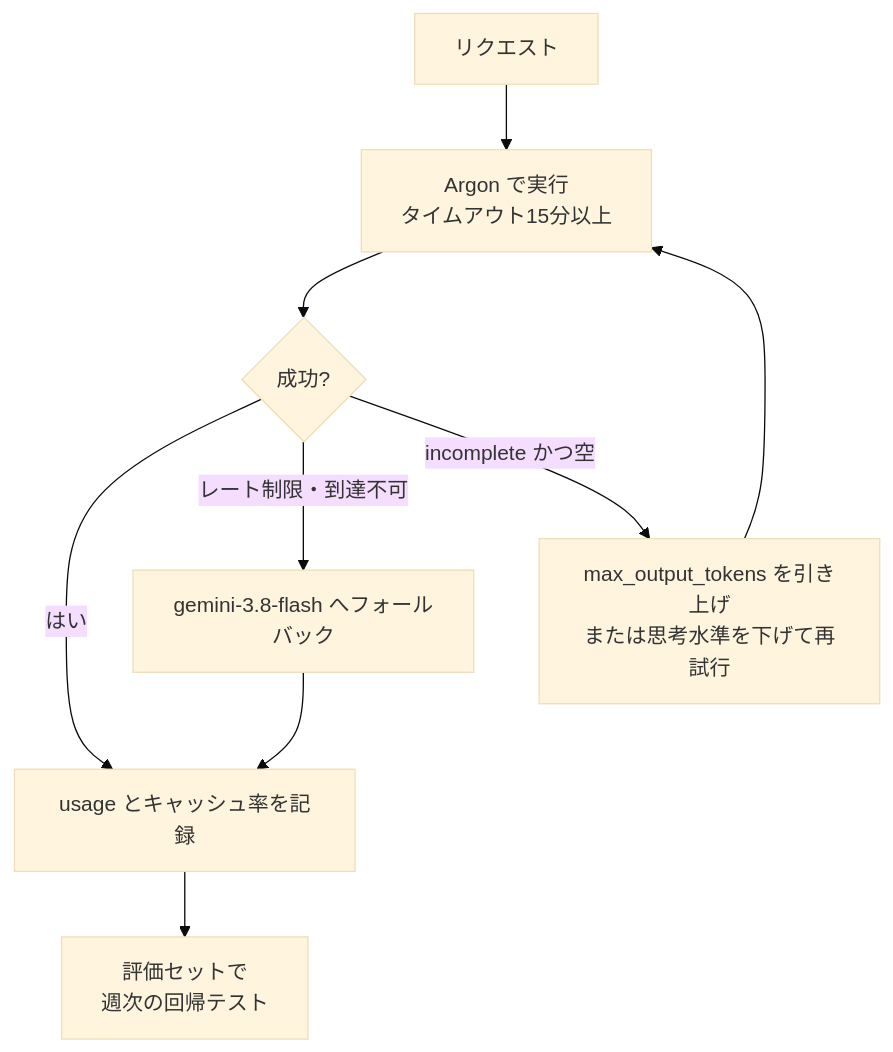
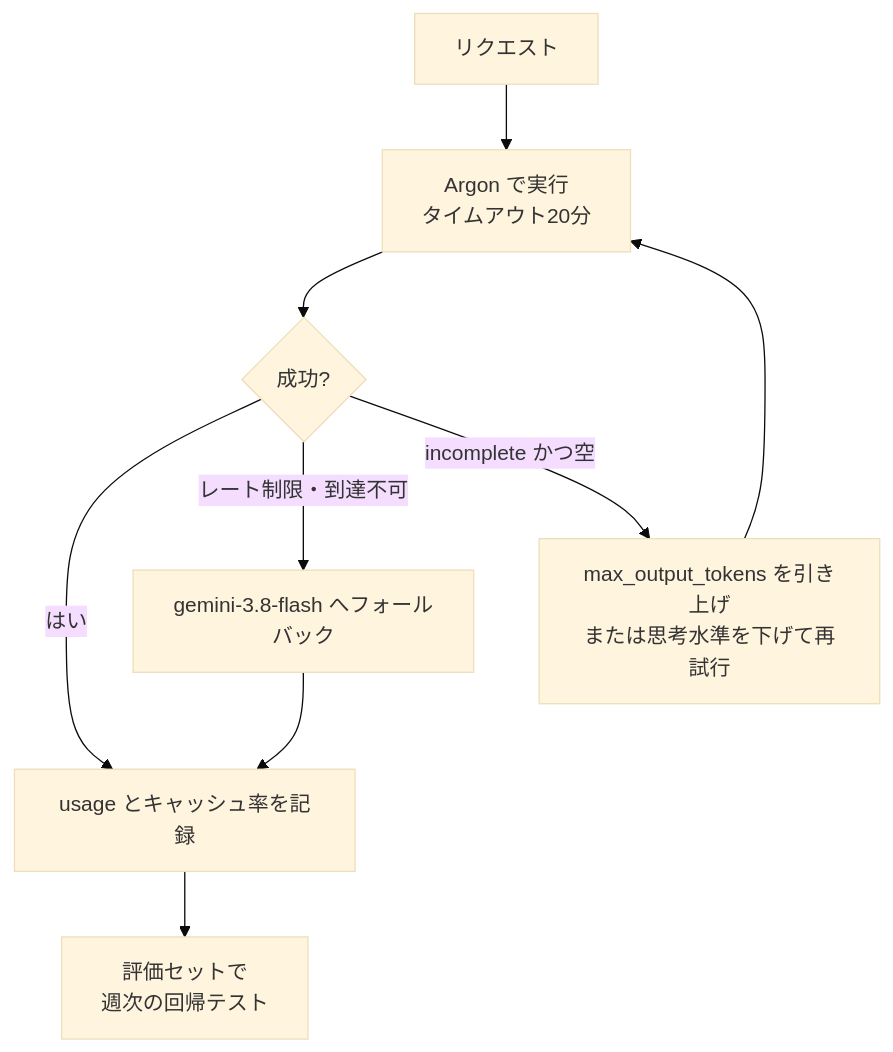
One commit to myoshi2891/Comparison-of-LLMs changed the tenth of 10 diagrams in Gemini-latest-models-best-practices-guide.md. Above: the diagram before and after it, drawn with Mermaid (base theme). The commit also changed other lines of this file and 1 other file, not shown here.

First line of the commit message:
docs(gemini): split Long Decode fixes by API, unify Argon HTTP timeout to 20 min, reserve thinking_budget for 2.5; pin Gemini CLI comparison to stable v0.65.0

````diff
--- a/Gemini-latest-models-best-practices-guide.md
+++ b/Gemini-latest-models-best-practices-guide.md
@@ -804,11 +804,11 @@
 ```mermaid
 flowchart TD
-    A["リクエスト"] --> B["Argon で実行<br/>タイムアウト15分以上"]
+    A["リクエスト"] --> B["Argon で実行<br/>タイムアウト20分"]
     B --> C{"成功?"}
     C -->|"はい"| D["usage とキャッシュ率を記録"]
     C -->|"レート制限・到達不可"| E["gemini-3.8-flash へフォールバック"]
     C -->|"incomplete かつ空"| F["max_output_tokens を引き上げ<br/>または思考水準を下げて再試行"]
     E --> D
     F --> B
     D --> G["評価セットで<br/>週次の回帰テスト"]
 ```
````
